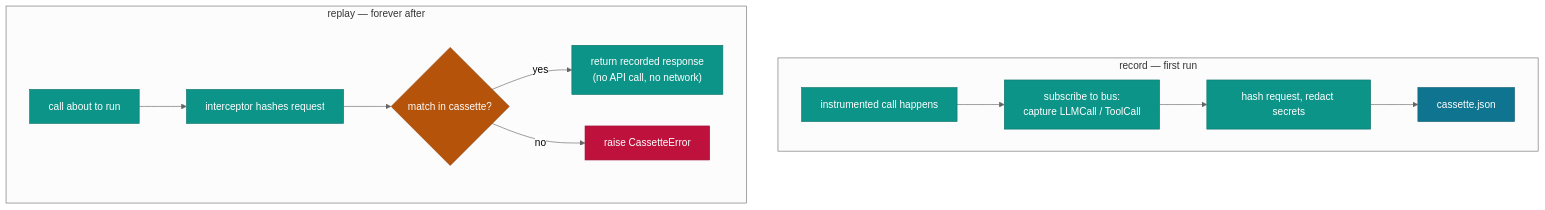
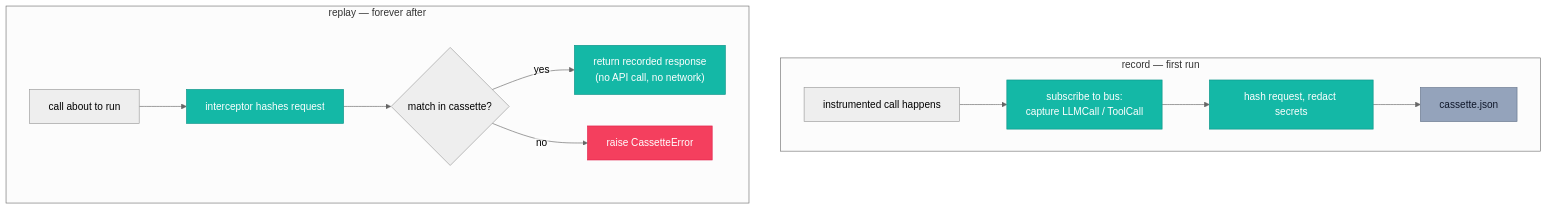
One commit to cendorhq/cendor-libs changed the diagram in docs/cassette.md. Above: the diagram before and after it, drawn with Mermaid (neutral theme). The commit also changed other lines of this file and 14 other files, not shown here.

````diff
--- a/docs/cassette.md
+++ b/docs/cassette.md
@@ -72,33 +97,28 @@
 ```mermaid
+%%{init: {"flowchart": {"htmlLabels": false}} }%%
 graph TD
     subgraph REC["record — first run"]
         R1["instrumented call happens"]
         R2["subscribe to bus:<br/>capture LLMCall / ToolCall"]
         R3["hash request, redact secrets"]
         R4["cassette.json"]
-        R1 --> R2
-        R2 --> R3
-        R3 --> R4
+        R1 --> R2 --> R3 --> R4
     end
     subgraph REP["replay — forever after"]
         P1["call about to run"]
         P2["interceptor hashes request"]
         P3{"match in cassette?"}
         P4["return recorded response<br/>(no API call, no network)"]
         P5["raise CassetteError"]
-        P1 --> P2
-        P2 --> P3
+        P1 --> P2 --> P3
         P3 -->|yes| P4
         P3 -->|no| P5
     end
 
-    classDef rec fill:#0d9488,stroke:#0f766e,color:#ffffff;
-    classDef store fill:#0e7490,stroke:#155e75,color:#ffffff;
-    classDef dec fill:#b45309,stroke:#92400e,color:#ffffff;
-    classDef err fill:#be123c,stroke:#9f1239,color:#ffffff;
-
-    class R1,R2,R3,P1,P2,P4 rec;
-    class R4 store;
-    class P3 dec;
-    class P5 err;
+    classDef cs fill:#14B8A6,color:#ffffff,stroke:#0D9488;
+    classDef co fill:#94A3BB,color:#0F172A,stroke:#64748B;
+    classDef stop fill:#F43F5E,color:#ffffff,stroke:#E11D48;
+    class R2,R3,P2,P4 cs;
+    class R4 co;
+    class P5 stop;
 ```
````
